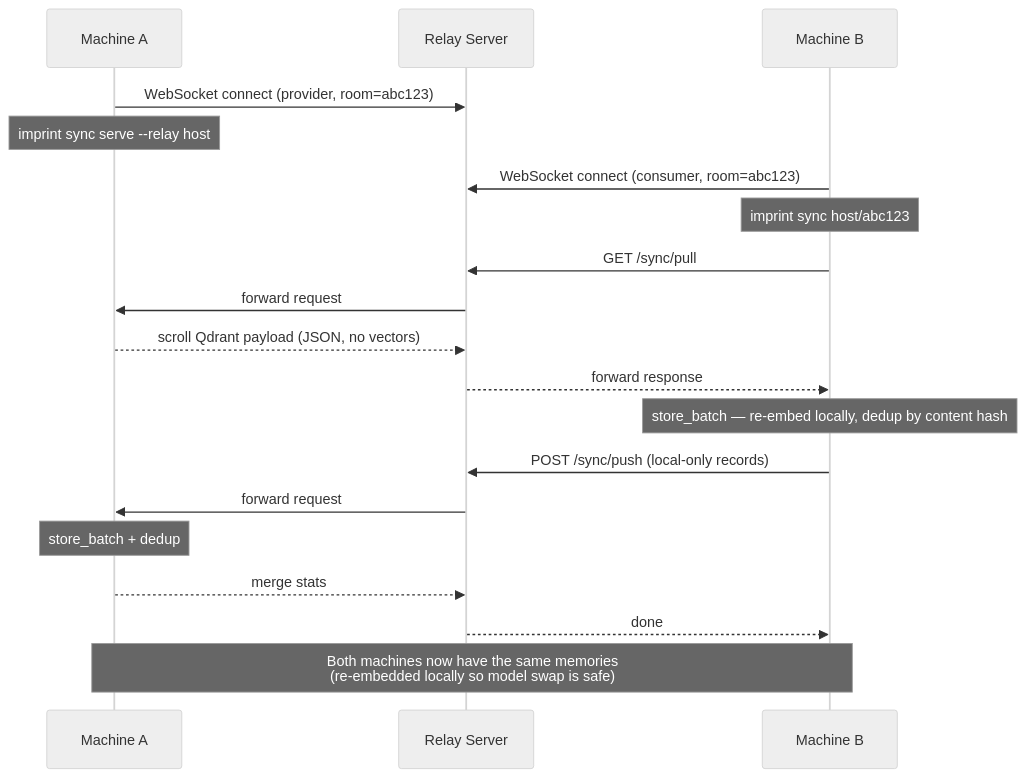
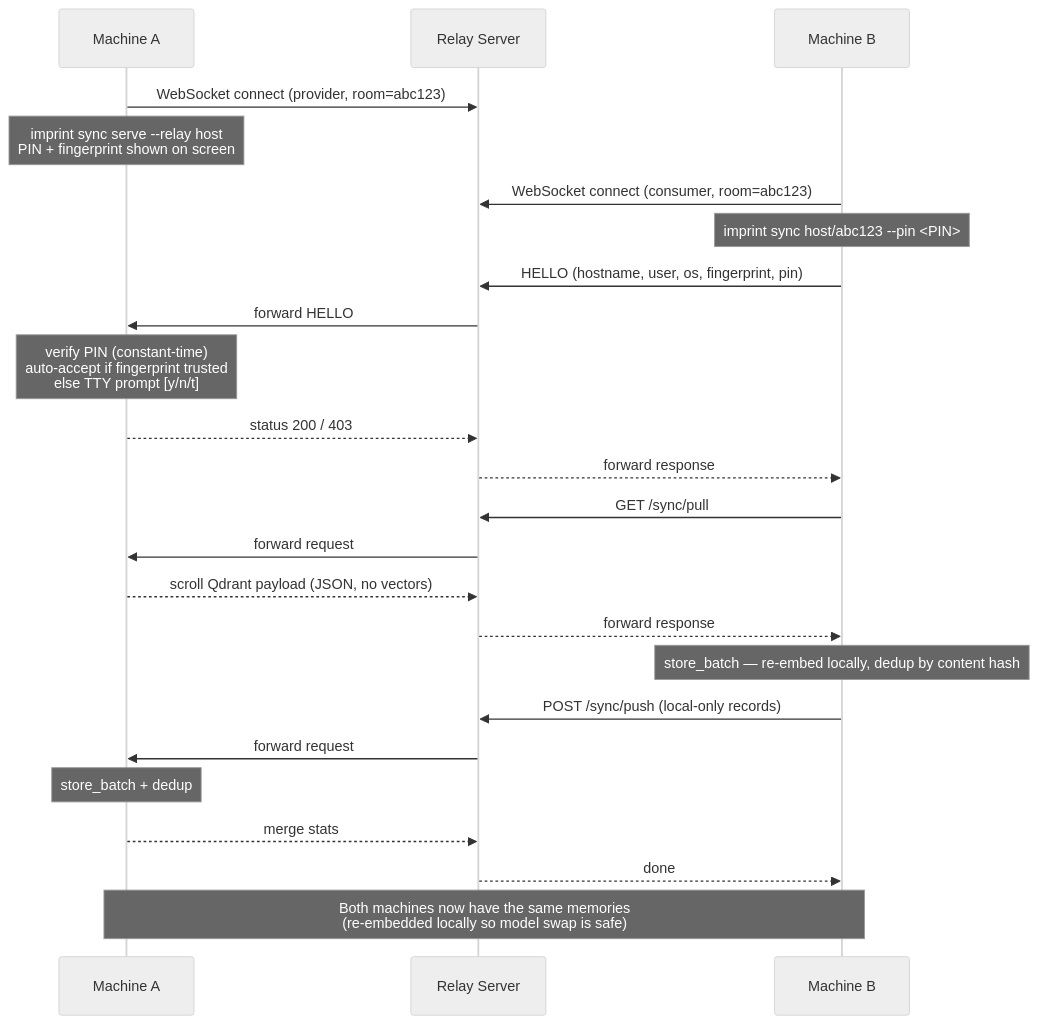
One commit to alexandruleca/imprint-memory-layer changed the diagram in docs/sync.md. Above: the diagram before and after it, drawn with Mermaid (neutral theme). The commit also changed other lines of this file and 3 other files, not shown here.

````diff
--- a/docs/sync.md
+++ b/docs/sync.md
@@ -5,26 +5,32 @@
 ```mermaid
 sequenceDiagram
     participant A as Machine A
     participant R as Relay Server
     participant B as Machine B
 
     A->>R: WebSocket connect (provider, room=abc123)
-    Note over A: imprint sync serve --relay host
+    Note over A: imprint sync serve --relay host<br/>PIN + fingerprint shown on screen
 
     B->>R: WebSocket connect (consumer, room=abc123)
-    Note over B: imprint sync host/abc123
+    Note over B: imprint sync host/abc123 --pin <PIN>
+
+    B->>R: HELLO (hostname, user, os, fingerprint, pin)
+    R->>A: forward HELLO
+    Note over A: verify PIN (constant-time)<br/>auto-accept if fingerprint trusted<br/>else TTY prompt [y/n/t]
+    A-->>R: status 200 / 403
+    R-->>B: forward response
 
     B->>R: GET /sync/pull
     R->>A: forward request
     A-->>R: scroll Qdrant payload (JSON, no vectors)
     R-->>B: forward response
     Note over B: store_batch — re-embed locally, dedup by content hash
 
     B->>R: POST /sync/push (local-only records)
     R->>A: forward request
     Note over A: store_batch + dedup
     A-->>R: merge stats
     R-->>B: done
 
     Note over A,B: Both machines now have the same memories<br/>(re-embedded locally so model swap is safe)
 ```
````
